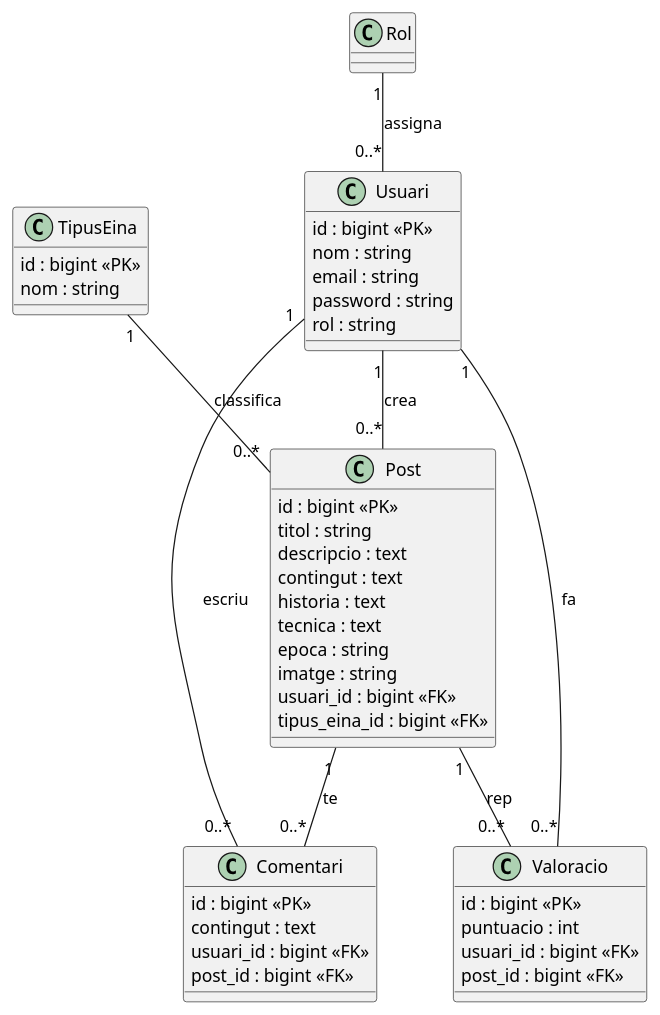
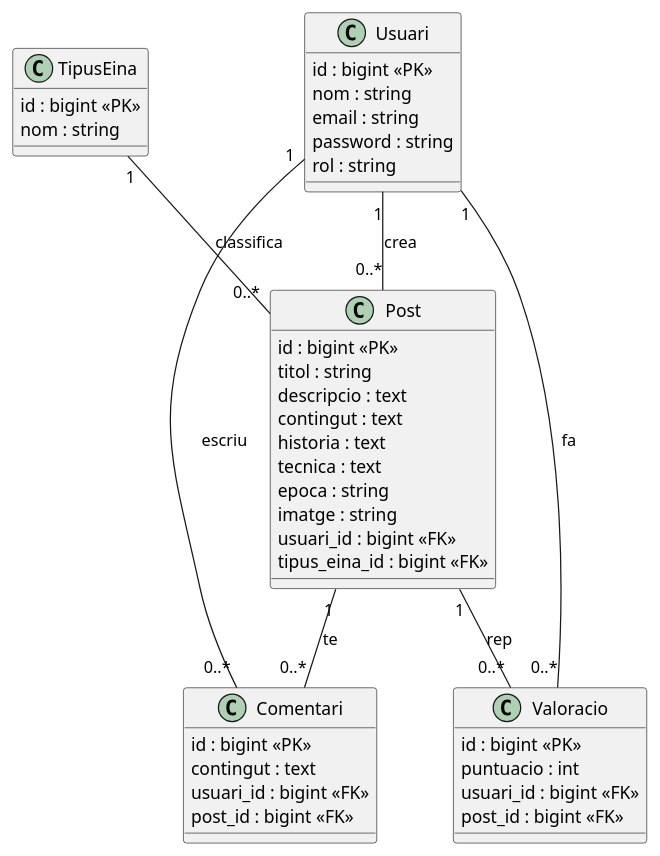
The diagram in docs/03_modelConceptual.puml (agarcia-icv/projecte-final), drawn with PlantUML before and after one commit.

Commit message:
Remove relationships section header from UML diagram03 fina
Removed the section header for relationships in the UML diagram.

```diff
--- a/docs/03_modelConceptual.puml
+++ b/docs/03_modelConceptual.puml
@@ -1,57 +1,54 @@
 @startuml
 
 class Usuari {
   id : bigint <<PK>>
   nom : string
   email : string
   password : string
   rol : string 
 }
 
 
 class Post {
   id : bigint <<PK>>
   titol : string
   descripcio : text
   contingut : text
   historia : text
   tecnica : text
   epoca : string
   imatge : string
   usuari_id : bigint <<FK>>
   tipus_eina_id : bigint <<FK>>
 }
 
 class Comentari {
   id : bigint <<PK>>
   contingut : text
   usuari_id : bigint <<FK>>
   post_id : bigint <<FK>>
 }
 
 class Valoracio {
   id : bigint <<PK>>
   puntuacio : int
   usuari_id : bigint <<FK>>
   post_id : bigint <<FK>>
 }
 
 class TipusEina {
   id : bigint <<PK>>
   nom : string
 }
 
-' ================= RELACIONS =================
 
 Usuari "1" -- "0..*" Post : crea
 Usuari "1" -- "0..*" Comentari : escriu
 Usuari "1" -- "0..*" Valoracio : fa
 
 Post "1" -- "0..*" Comentari : te
 Post "1" -- "0..*" Valoracio : rep
 
-Rol "1" -- "0..*" Usuari : assigna
-
 TipusEina "1" -- "0..*" Post : classifica
 
 @enduml
```
